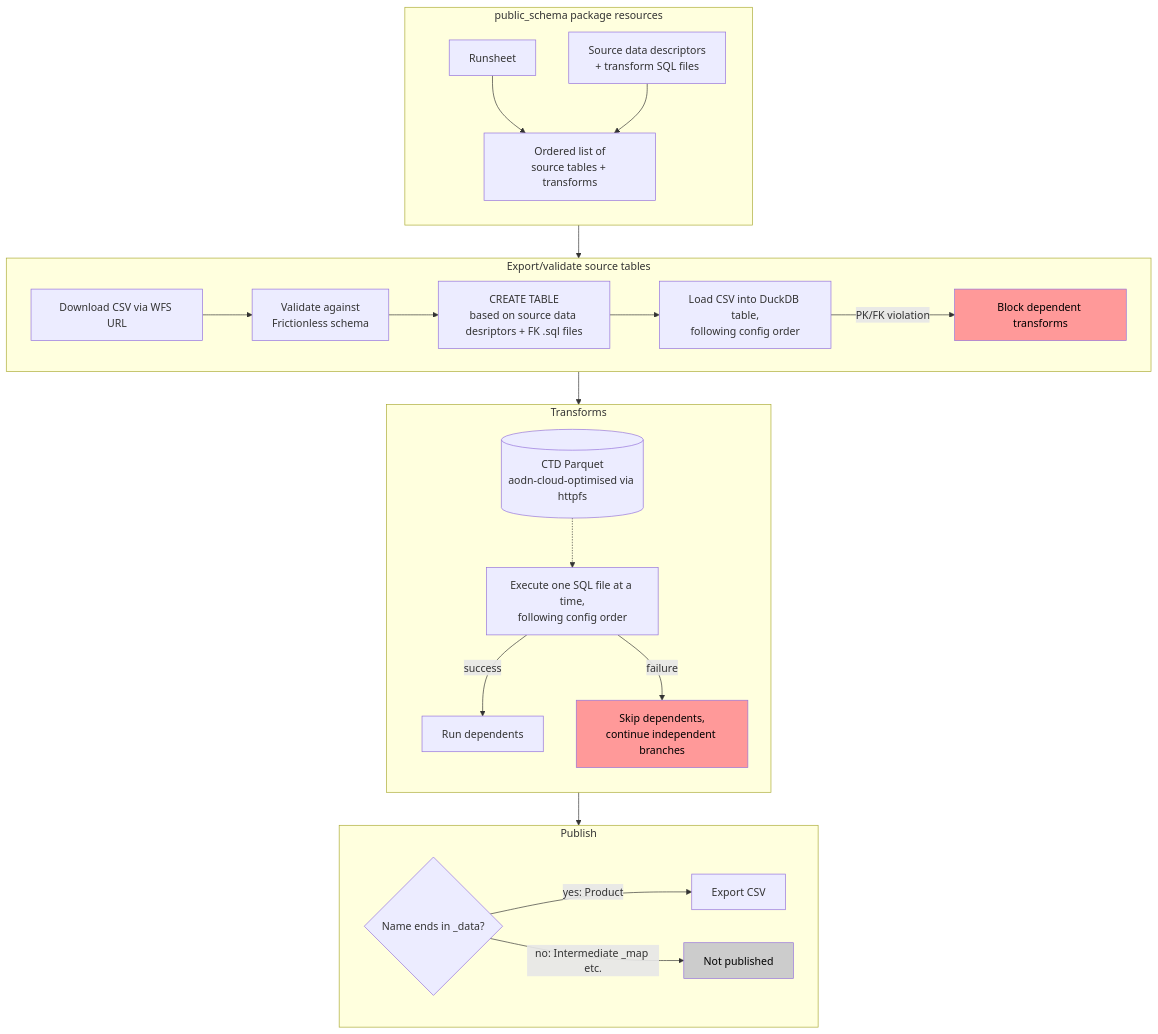
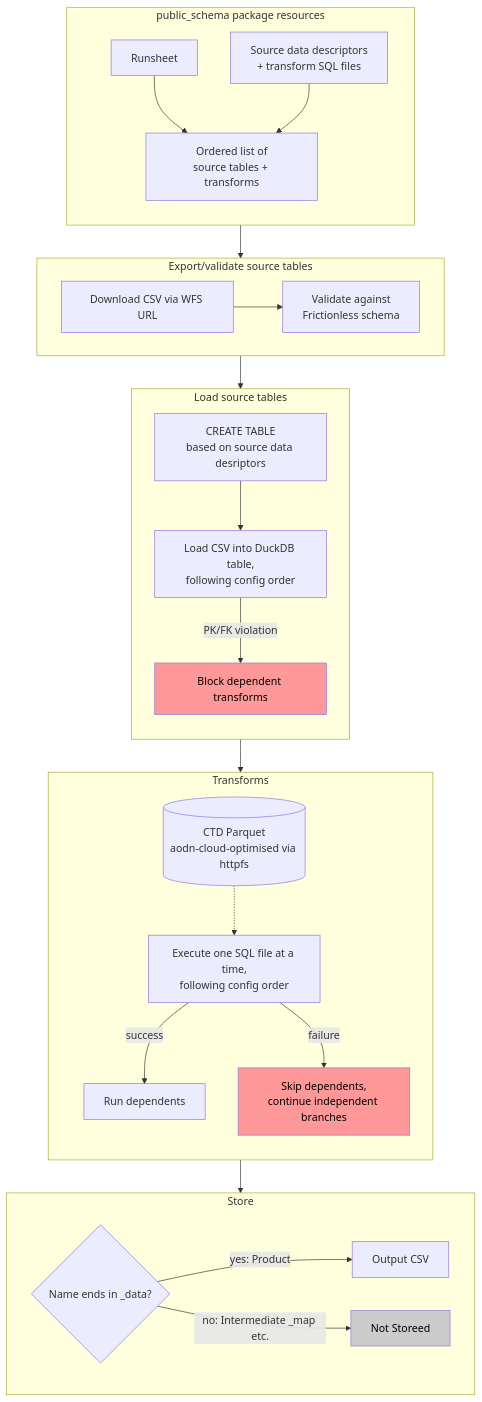
The diagram in docs/architecture.md (aodn/public-schema), drawn with Mermaid before and after one commit.

Commit message:
Update architecture diagram to match design terms

````diff
--- a/docs/architecture.md
+++ b/docs/architecture.md
@@ -11,40 +11,45 @@
 ```mermaid
 flowchart TD
     subgraph PublicSchema["public_schema package resources"]
       direction TB
       R[Source data descriptors<br/>+ transform SQL files]
       CFG[Runsheet]
       CFG --> ORDER[Ordered list of<br/>source tables + transforms]
       R --> ORDER
     end
 
-    subgraph SourceLoad["Export/validate source tables"]
+    subgraph Export["Export/validate source tables"]
         direction LR
         DL[Download CSV via WFS URL] --> VAL[Validate against<br/>Frictionless schema]
-        VAL --> DDL[CREATE TABLE<br/>based on source data desriptors + FK .sql files]
+    end
+
+    subgraph Load["Load source tables"]
+        direction TB
+        DDL[CREATE TABLE<br/>based on source data desriptors]
         DDL --> LOAD[Load CSV into DuckDB table,<br/>following config order]
         LOAD -->|PK/FK violation| SKIP1[Block dependent transforms]
     end
 
     subgraph Transform["Transforms"]
         direction TB
         EXEC["Execute one SQL file at a time,<br/>following config order"]
         EXEC -->|success| NEXT[Run dependents]
         EXEC -->|failure| SKIP2[Skip dependents,<br/>continue independent branches]
         CTD[(CTD Parquet<br/>aodn-cloud-optimised via httpfs)] -.-> EXEC
     end
 
-    subgraph Publish["Publish"]
+    subgraph Store["Store"]
         PROD{"Name ends in _data?"}
-        PROD -->|yes: Product| CSVOUT[Export CSV]
-        PROD -->|no: Intermediate _map etc.| DROP[Not published]
+        PROD -->|yes: Product| CSVOUT[Output CSV]
+        PROD -->|no: Intermediate _map etc.| DROP[Not Storeed]
     end
 
-    ORDER --> SourceLoad
-    SourceLoad --> Transform
-    Transform --> Publish
+    ORDER --> Export
+    Export --> Load
+    Load --> Transform
+    Transform --> Store
 
     style SKIP1 fill:#f99,color:#000
     style SKIP2 fill:#f99,color:#000
     style DROP fill:#ccc,color:#000
 ```
````
